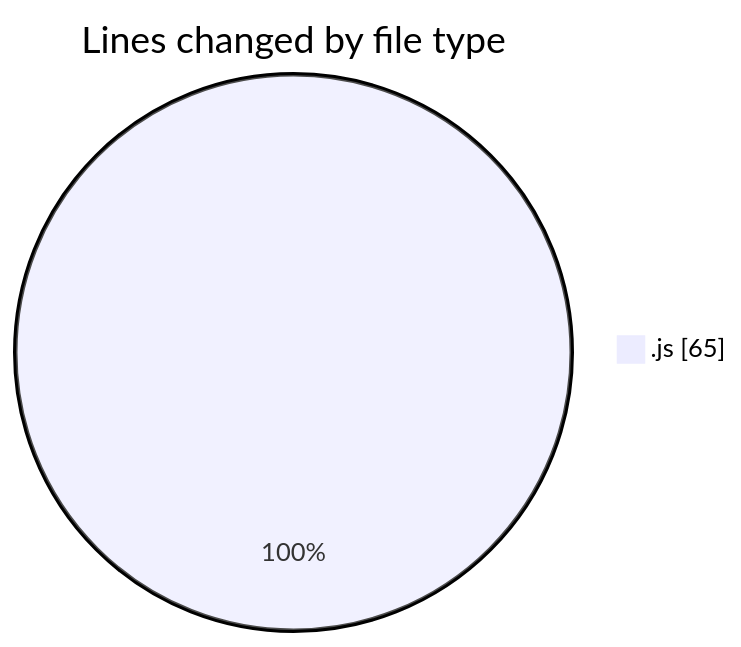
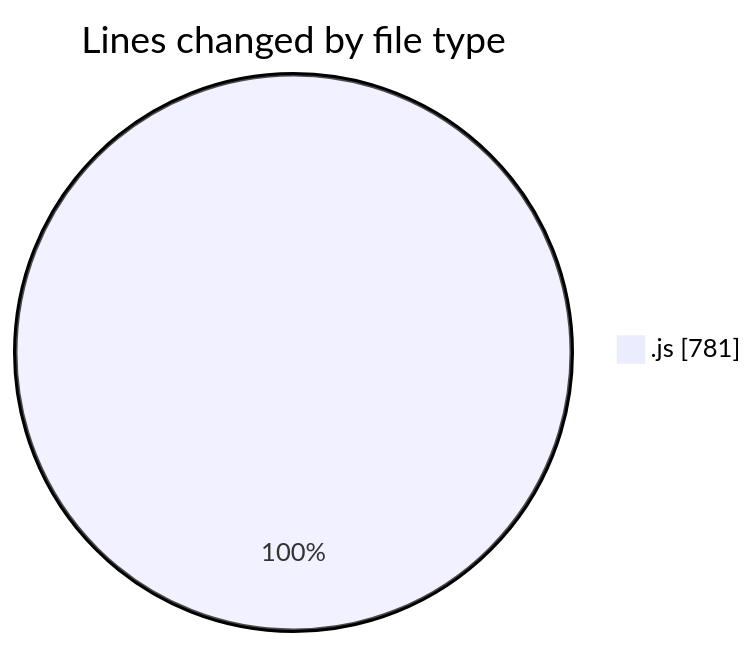
The first of 2 diagrams in 2025-07-29/nxtqube_webapp/README.md (nxtqubesakshisongat/code-tracking), drawn with Mermaid before and after one commit. The commit also changed other lines of this file and 1 other file, not shown here.

````diff
--- a/2025-07-29/nxtqube_webapp/README.md
+++ b/2025-07-29/nxtqube_webapp/README.md
@@ -20,5 +22,5 @@
 ```mermaid
 pie showData
 title Lines changed by file type
-".js" : 65
+".js" : 781
 ```
````
